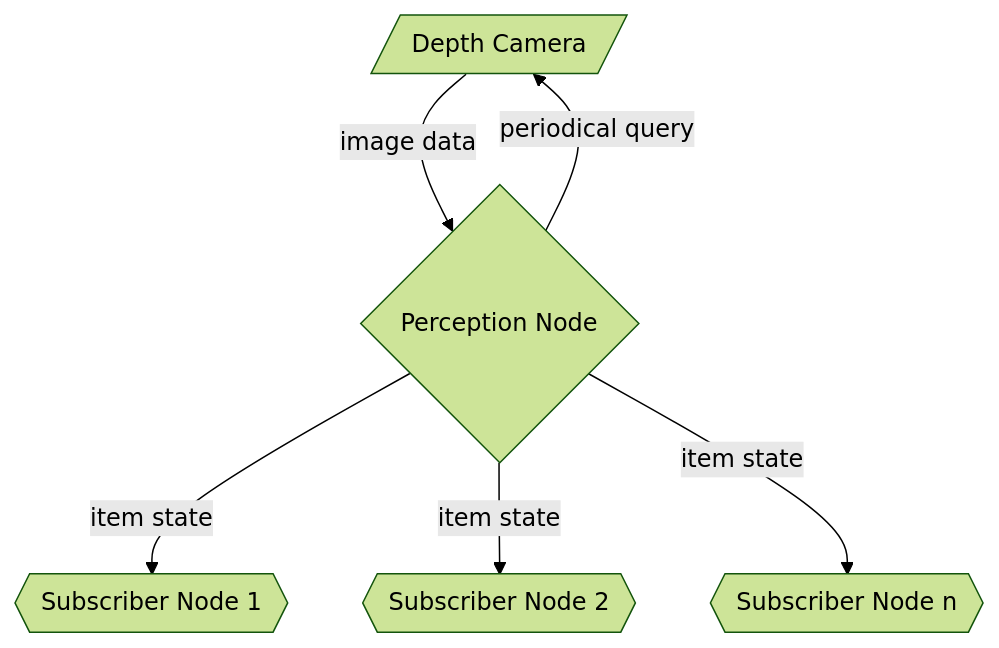
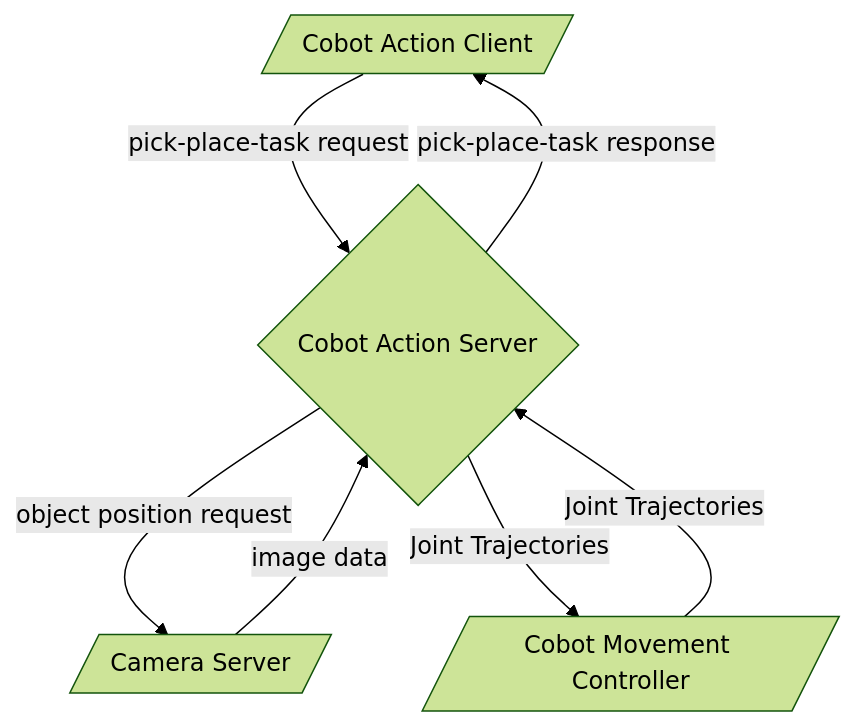
The first of 4 diagrams in assessments/sepa/sadrr.md (kanbanyte/sepb), drawn with Mermaid (forest theme) before and after one commit. The commit also changed other lines of this file, not shown here.

Commit message:
Updated system architecture

````diff
--- a/assessments/sepa/sadrr.md
+++ b/assessments/sepa/sadrr.md
@@ -189,14 +187,14 @@
 ```mermaid
 flowchart TD
-	Camera[/Depth Camera/]
-	Perception{Perception Node}
-	Sub1{{Subscriber Node 1}}
-	Sub2{{Subscriber Node 2}}
-	SubN{{Subscriber Node n}}
+	CobotActionClient[/Cobot Action Client/]
+	Camera[/Camera Server/]
+	Joint[/Cobot Movement Controller/]
+	CobotAction{Cobot Action Server}
 
-	Camera -->|image data| Perception
-	Perception -->|periodical query| Camera
-	Perception -->|item state| Sub1
-	Perception -->|item state| Sub2
-	Perception -->|item state| SubN
+	CobotActionClient -->|pick-place-task request| CobotAction
+	CobotAction -->|pick-place-task response| CobotActionClient
+	Camera -->|image data| CobotAction
+	CobotAction -->|object position request| Camera
+	CobotAction -->|Joint Trajectories| Joint
+	Joint -->|Joint Trajectories| CobotAction
 ```
````
